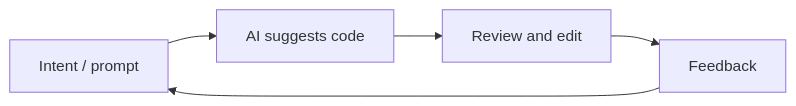
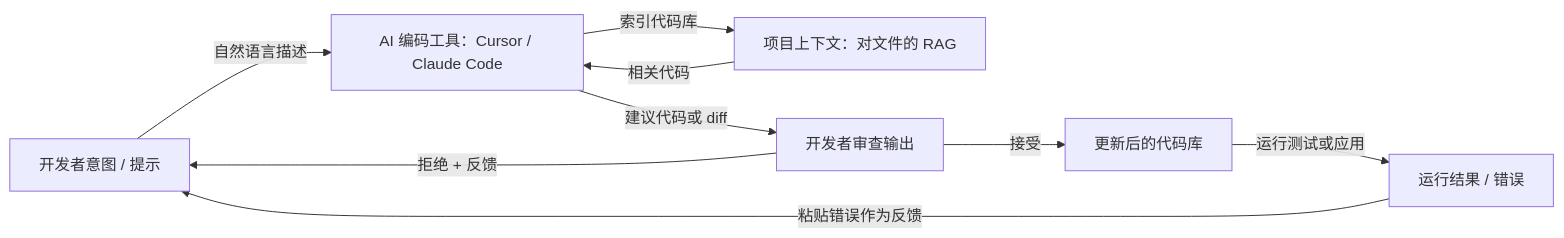
The diagram in i18n/zh-Hans/docusaurus-plugin-content-docs/current/vibe-coding.md (EmersonBraun/ai-summary-hub), drawn with Mermaid before and after one commit. The commit also changed other lines of this file and 178 other files, not shown here.

````diff
--- a/i18n/zh-Hans/docusaurus-plugin-content-docs/current/vibe-coding.md
+++ b/i18n/zh-Hans/docusaurus-plugin-content-docs/current/vibe-coding.md
@@ -17,7 +27,11 @@
 ```mermaid
 flowchart LR
-  Intent[Intent / prompt] --> AI[AI suggests code]
-  AI --> Review[Review and edit]
-  Review --> Feedback[Feedback]
-  Feedback --> Intent
+  Intent[开发者意图 / 提示] -->|自然语言描述| AITool[AI 编码工具：Cursor / Claude Code]
+  AITool -->|索引代码库| Context[项目上下文：对文件的 RAG]
+  Context -->|相关代码| AITool
+  AITool -->|建议代码或 diff| Review[开发者审查输出]
+  Review -->|接受| Codebase[更新后的代码库]
+  Review -->|拒绝 + 反馈| Intent
+  Codebase -->|运行测试或应用| Result[运行结果 / 错误]
+  Result -->|粘贴错误作为反馈| Intent
 ```
````
